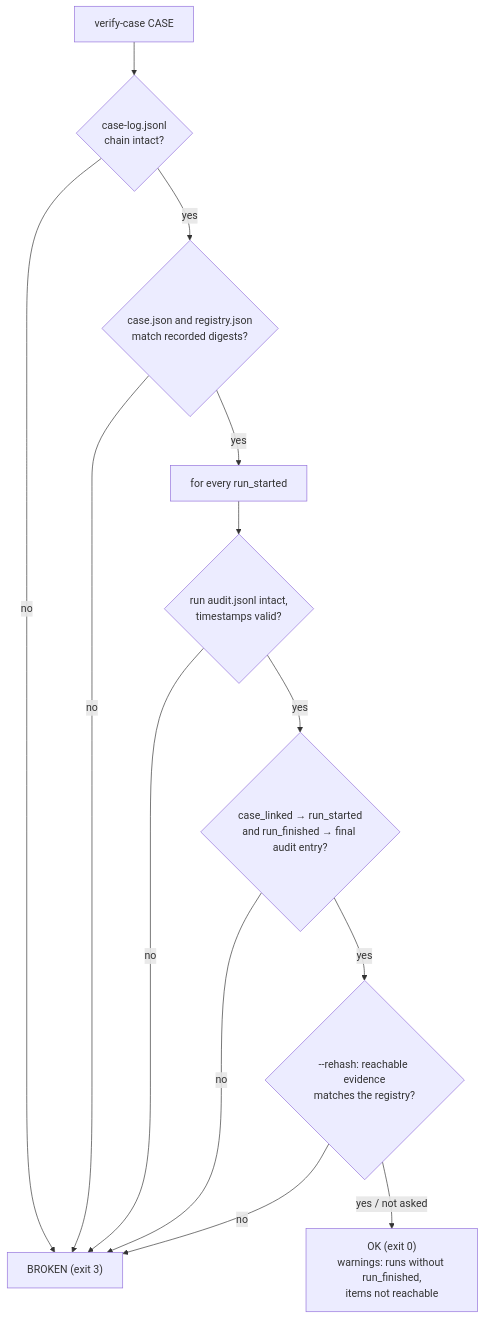
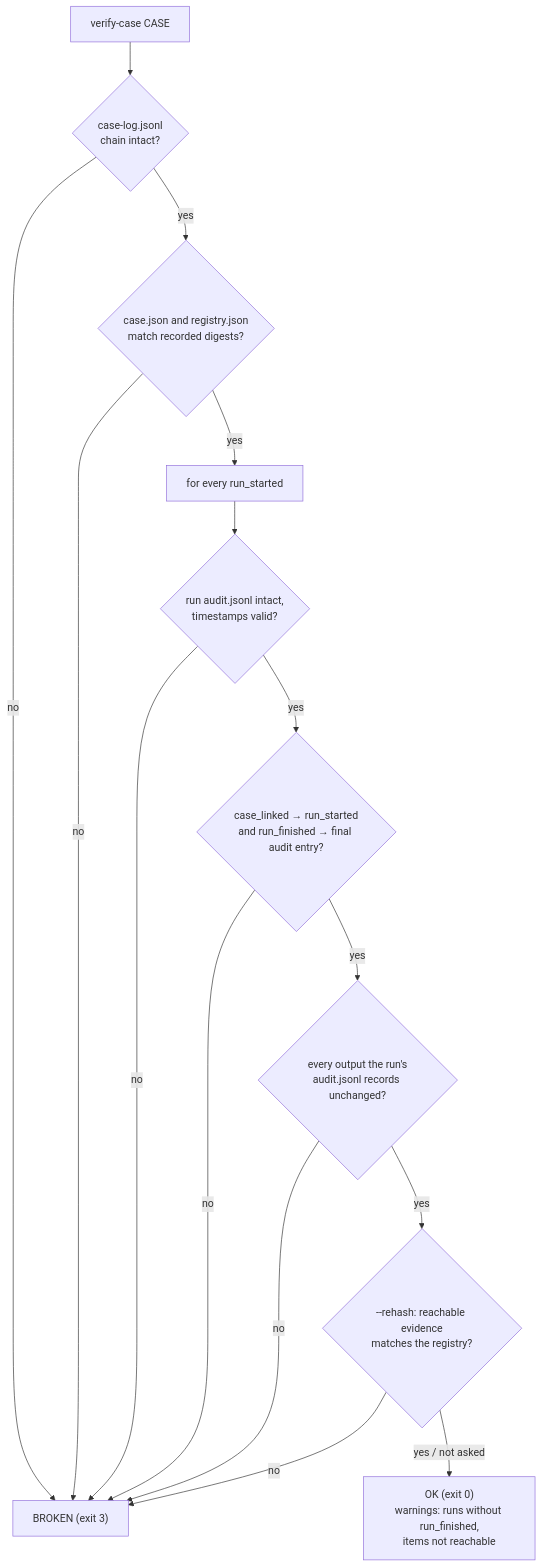
One commit to Panacota96/rv-triage changed the fourth of 4 diagrams in docs/case-folder.md. Above: the diagram before and after it, drawn with Mermaid. The commit also changed other lines of this file and 4 other files, not shown here.

````diff
--- a/docs/case-folder.md
+++ b/docs/case-folder.md
@@ -154,15 +154,17 @@
 ```mermaid
 flowchart TB
     A["verify-case CASE"] --> B{"case-log.jsonl<br/>chain intact?"}
     B -- no --> X["BROKEN (exit 3)"]
     B -- yes --> C{"case.json and registry.json<br/>match recorded digests?"}
     C -- no --> X
     C -- yes --> D["for every run_started"]
     D --> E{"run audit.jsonl intact,<br/>timestamps valid?"}
     E -- no --> X
     E -- yes --> F{"case_linked → run_started<br/>and run_finished → final audit entry?"}
     F -- no --> X
-    F -- yes --> G{"--rehash: reachable evidence<br/>matches the registry?"}
+    F -- yes --> R{"every output the run's<br/>audit.jsonl records unchanged?"}
+    R -- no --> X
+    R -- yes --> G{"--rehash: reachable evidence<br/>matches the registry?"}
     G -- no --> X
     G -- "yes / not asked" --> OK["OK (exit 0)<br/>warnings: runs without run_finished,<br/>items not reachable"]
 ```
````
